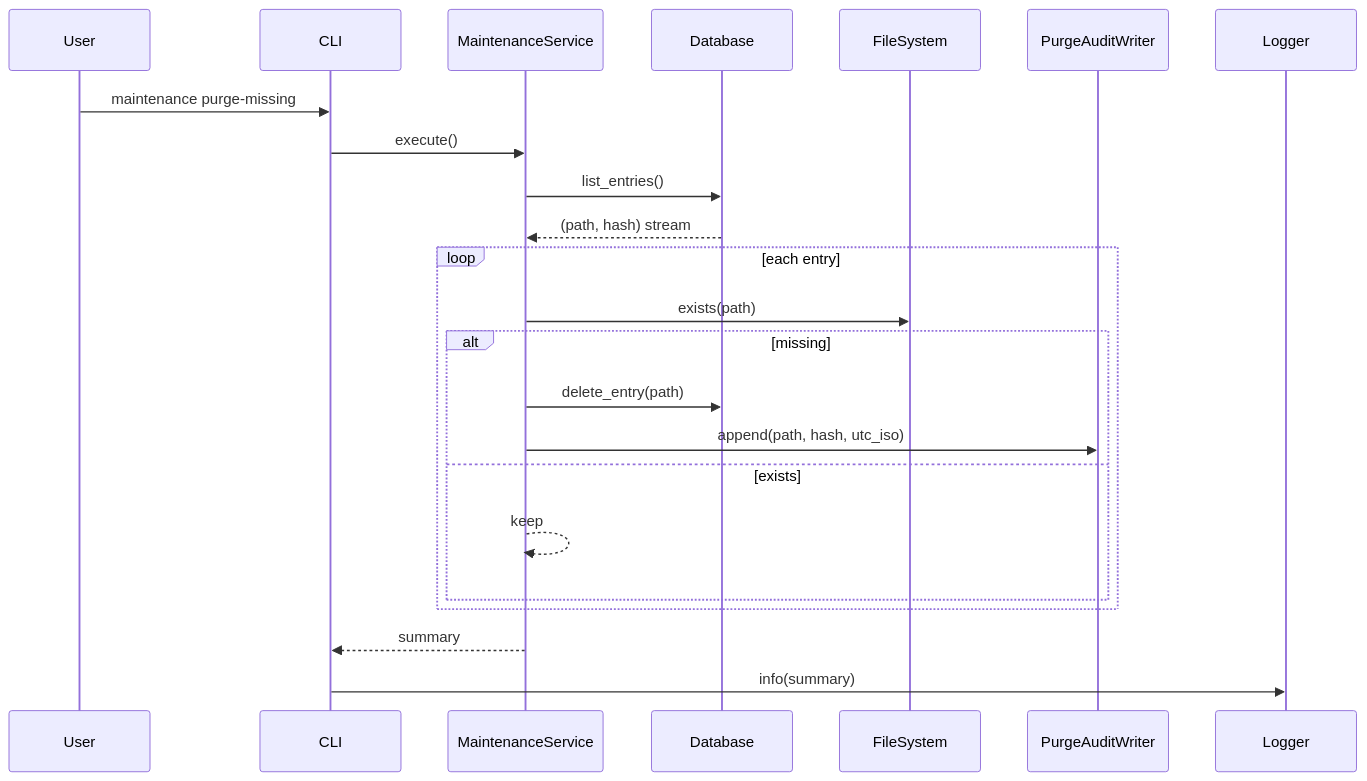
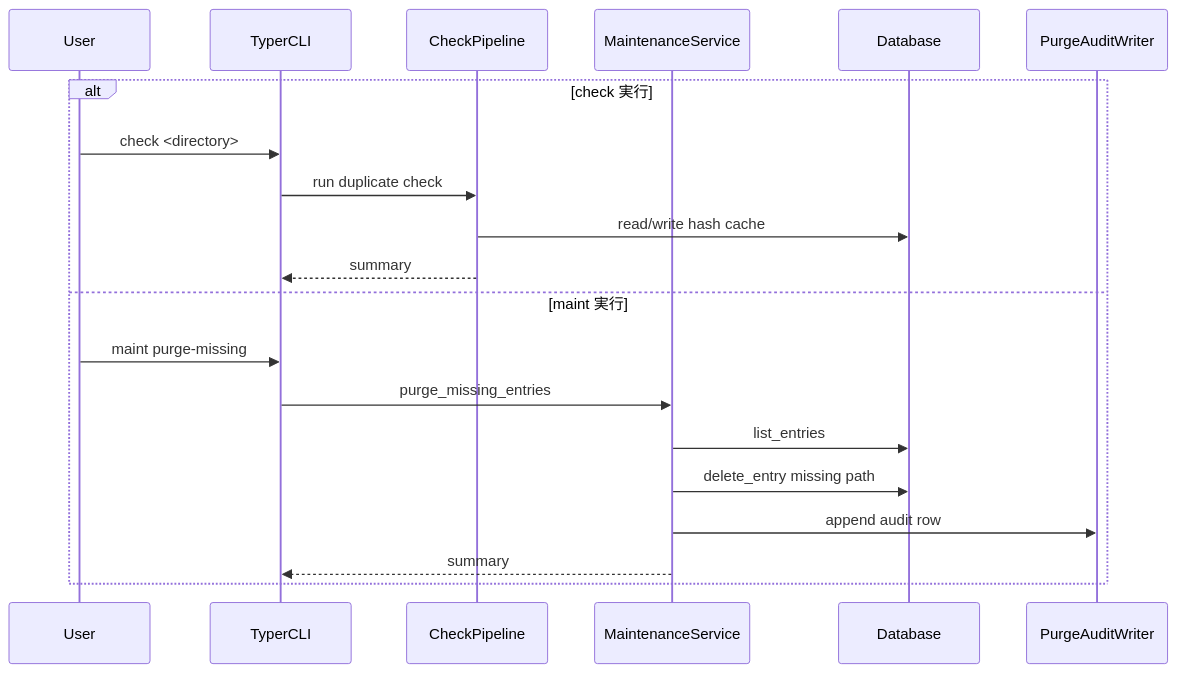
Before and after one commit to yukinext/duplicate_filechecker: the second of 2 diagrams in .kiro/specs/maintenance-subcommand/design.md, drawn with Mermaid. The commit also changed other lines of this file and 3 other files, not shown here.

Commit message:
/kiro-spec-design サブコマンドのmaintenanceも、Typerで実装してください。コマンド名は `maint` これまでのファイル重複チェック機能もサブコマンド `check` にしてください。

````diff
--- a/.kiro/specs/maintenance-subcommand/design.md
+++ b/.kiro/specs/maintenance-subcommand/design.md
@@ -97,26 +101,23 @@
 ```mermaid
 sequenceDiagram
   participant U as User
-  participant C as CLI
-  participant S as MaintenanceService
+  participant C as TyperCLI
+  participant P as CheckPipeline
+  participant M as MaintenanceService
   participant D as Database
-  participant F as FileSystem
   participant A as PurgeAuditWriter
-  participant L as Logger
 
-  U->>C: maintenance purge-missing
-  C->>S: execute()
-  S->>D: list_entries()
-  D-->>S: (path, hash) stream
-  loop each entry
-    S->>F: exists(path)
-    alt missing
-      S->>D: delete_entry(path)
-      S->>A: append(path, hash, utc_iso)
-    else exists
-      S-->>S: keep
-    end
+  alt check 実行
+    U->>C: check <directory>
+    C->>P: run duplicate check
+    P->>D: read/write hash cache
+    P-->>C: summary
+  else maint 実行
+    U->>C: maint purge-missing
+    C->>M: purge_missing_entries
+    M->>D: list_entries
+    M->>D: delete_entry missing path
+    M->>A: append audit row
+    M-->>C: summary
   end
-  S-->>C: summary
-  C->>L: info(summary)
 ```
````
